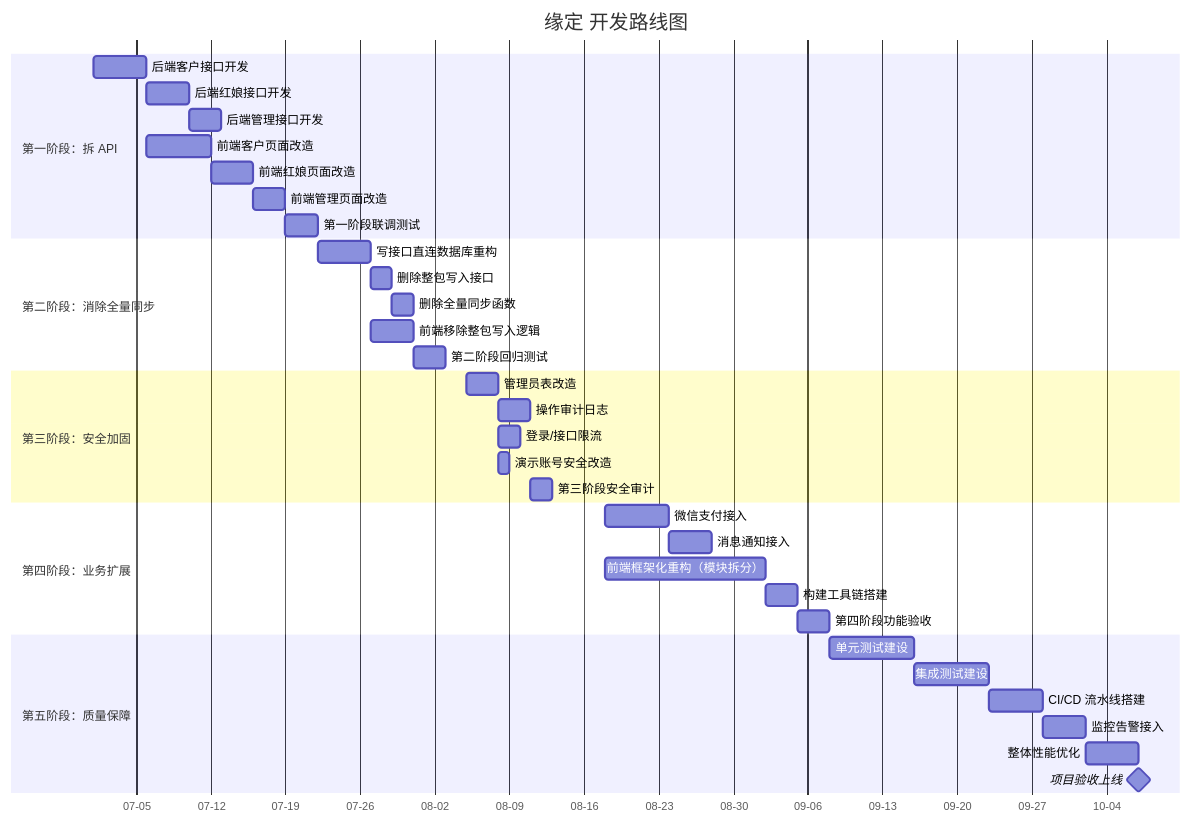
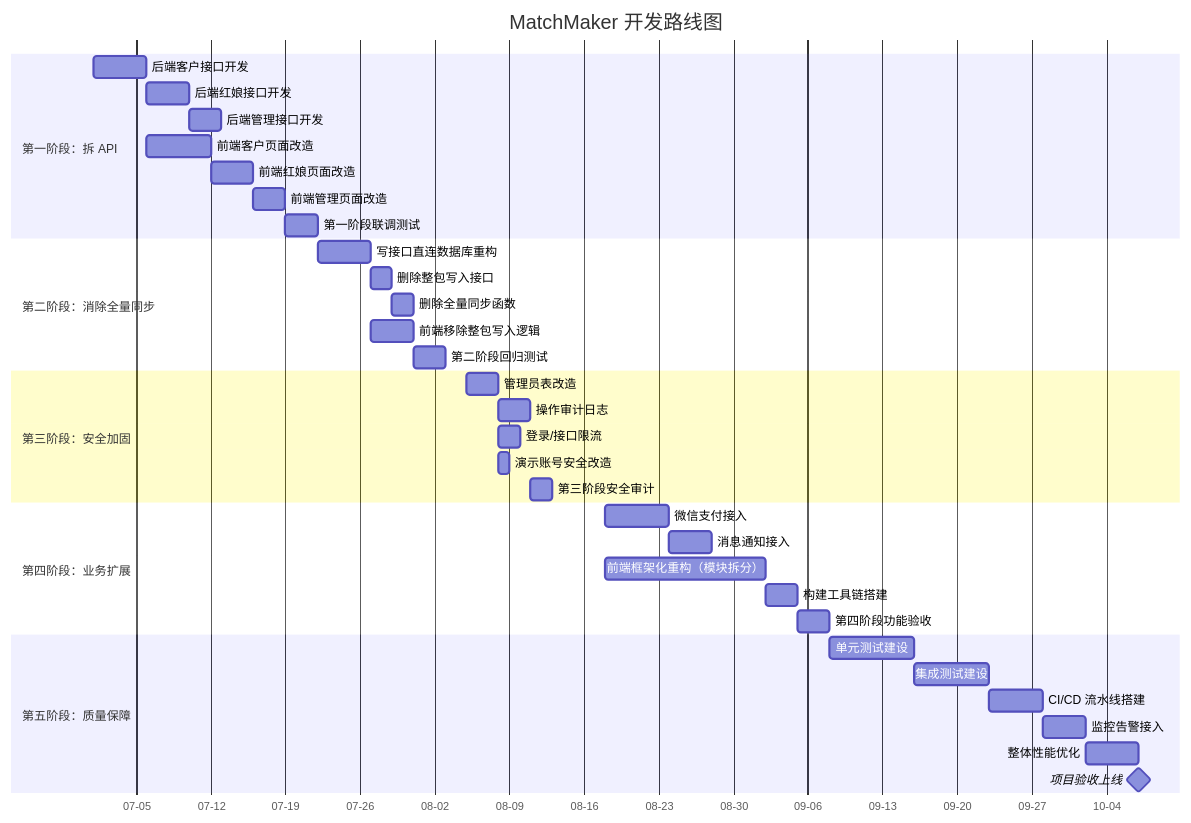
Before and after one commit to pixian5/matchmaker: the diagram in 说明/09-技术债务与开发路线.md, drawn with Mermaid. The commit also changed other lines of this file and 44 other files, not shown here.

````diff
--- a/说明/09-技术债务与开发路线.md
+++ b/说明/09-技术债务与开发路线.md
@@ -344,39 +344,39 @@
 ```mermaid
 gantt
-    title 缘定 开发路线图
+    title MatchMaker 开发路线图
     dateFormat  YYYY-MM-DD
     axisFormat  %m-%d
     section 第一阶段：拆 API
     后端客户接口开发          :a1, 2026-07-01, 5d
     后端红娘接口开发          :a2, after a1, 4d
     后端管理接口开发          :a3, after a2, 3d
     前端客户页面改造          :a4, after a1, 6d
     前端红娘页面改造          :a5, after a2 a4, 4d
     前端管理页面改造          :a6, after a3 a5, 3d
     第一阶段联调测试          :a7, after a6, 3d
     section 第二阶段：消除全量同步
     写接口直连数据库重构      :b1, 2026-07-22, 5d
     删除整包写入接口          :b2, after b1, 2d
     删除全量同步函数          :b3, after b2, 2d
     前端移除整包写入逻辑      :b4, after b1, 4d
     第二阶段回归测试          :b5, after b3 b4, 3d
     section 第三阶段：安全加固
     管理员表改造              :c1, 2026-08-05, 3d
     操作审计日志              :c2, after c1, 3d
     登录/接口限流             :c3, after c1, 2d
     演示账号安全改造          :c4, after c1, 1d
     第三阶段安全审计          :c5, after c2 c3 c4, 2d
     section 第四阶段：业务扩展
     微信支付接入              :d1, 2026-08-18, 6d
     消息通知接入              :d2, after d1, 4d
     前端框架化重构（模块拆分） :d3, 2026-08-18, 15d
     构建工具链搭建            :d4, after d3, 3d
     第四阶段功能验收          :d5, after d2 d4, 3d
     section 第五阶段：质量保障
     单元测试建设              :e1, 2026-09-08, 8d
     集成测试建设              :e2, after e1, 7d
     CI/CD 流水线搭建          :e3, after e2, 5d
     监控告警接入              :e4, after e3, 4d
     整体性能优化              :e5, after e4, 5d
     项目验收上线              :milestone, after e5, 0d
 ```
````
